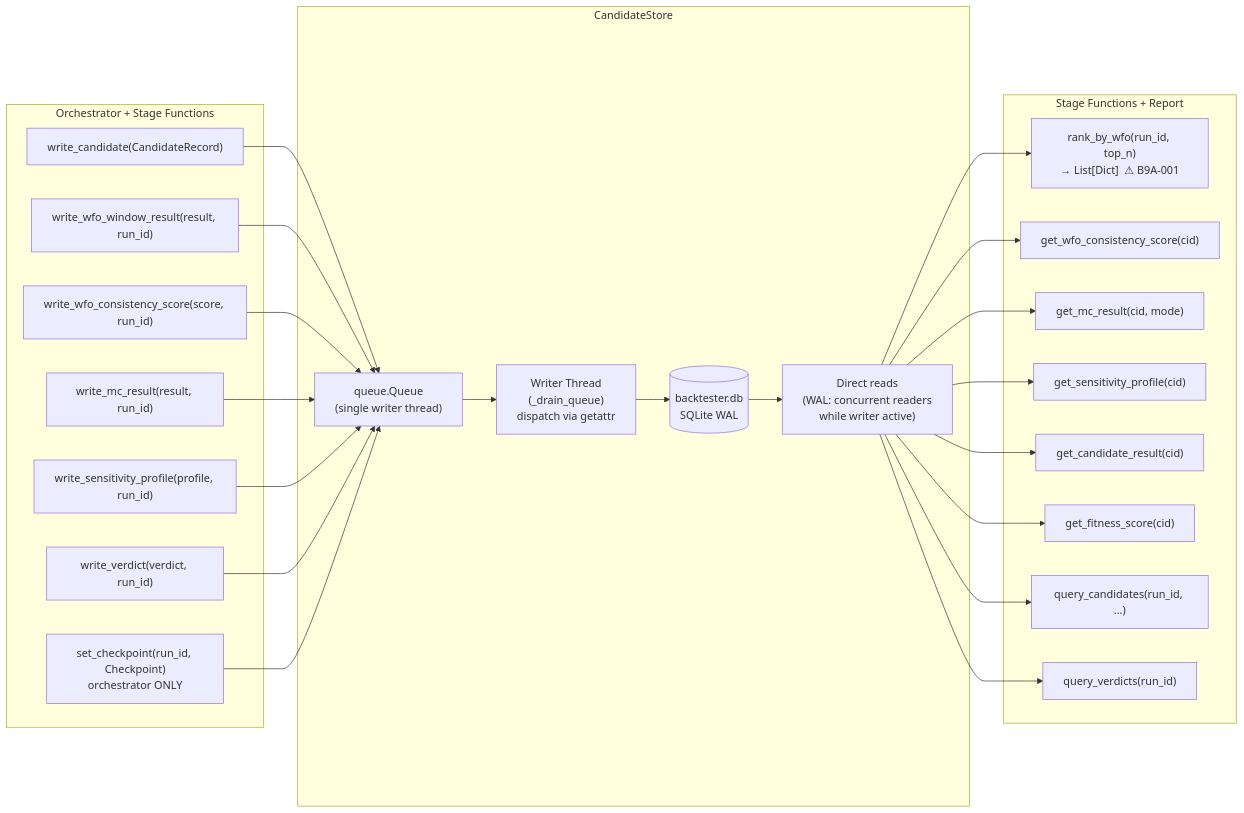
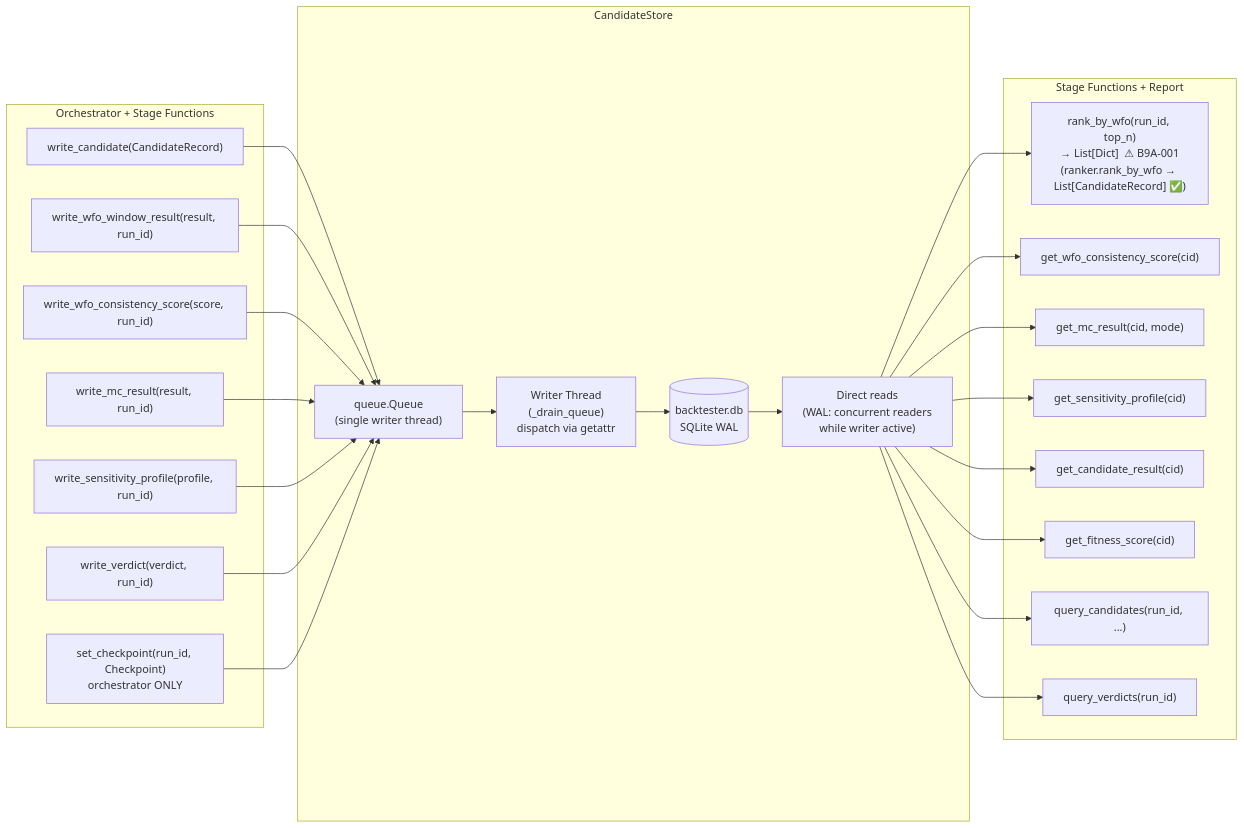
The fifth of 6 diagrams in docs/backtesting/architecture/ARCHITECTURE.md (RumcajsPL/Backtest_platform), drawn with Mermaid before and after one commit. The commit also changed other lines of this file and 5 other files, not shown here.

````diff
--- a/docs/backtesting/architecture/ARCHITECTURE.md
+++ b/docs/backtesting/architecture/ARCHITECTURE.md
@@ -449,40 +468,40 @@
 ```mermaid
 flowchart LR
     subgraph CALLERS["Orchestrator + Stage Functions"]
         W1["write_candidate(CandidateRecord)"]
         W2["write_wfo_window_result(result, run_id)"]
         W3["write_wfo_consistency_score(score, run_id)"]
         W4["write_mc_result(result, run_id)"]
         W5["write_sensitivity_profile(profile, run_id)"]
         W6["write_verdict(verdict, run_id)"]
         CP["set_checkpoint(run_id, Checkpoint)\norchestrator ONLY"]
     end
 
     subgraph STORE["CandidateStore"]
         Q["queue.Queue\n(single writer thread)"]
         WT["Writer Thread\n(_drain_queue)\ndispatch via getattr"]
         DB[("backtester.db\nSQLite WAL")]
         READS["Direct reads\n(WAL: concurrent readers\nwhile writer active)"]
     end
 
     subgraph READERS["Stage Functions + Report"]
-        R1["rank_by_wfo(run_id, top_n)\n→ List[Dict]  ⚠ B9A-001"]
+        R1["rank_by_wfo(run_id, top_n)\n→ List[Dict]  ⚠ B9A-001\n(ranker.rank_by_wfo → List[CandidateRecord] ✅)"]
         R2["get_wfo_consistency_score(cid)"]
         R3["get_mc_result(cid, mode)"]
         R4["get_sensitivity_profile(cid)"]
         R5["get_candidate_result(cid)"]
         R6["get_fitness_score(cid)"]
         R7["query_candidates(run_id, ...)"]
         R8["query_verdicts(run_id)"]
     end
 
     W1 --> Q
     W2 --> Q
     W3 --> Q
     W4 --> Q
     W5 --> Q
     W6 --> Q
     CP --> Q
     Q --> WT --> DB
     DB --> READS --> R1 & R2 & R3 & R4 & R5 & R6 & R7 & R8
 ```
````
